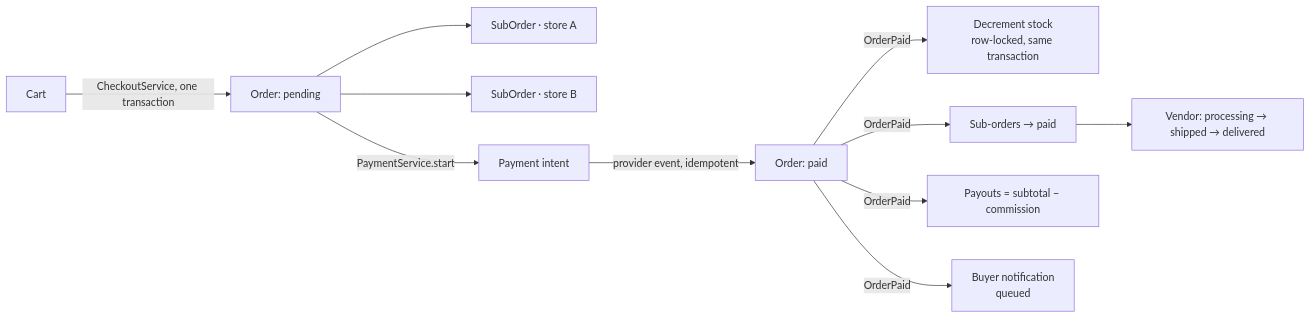
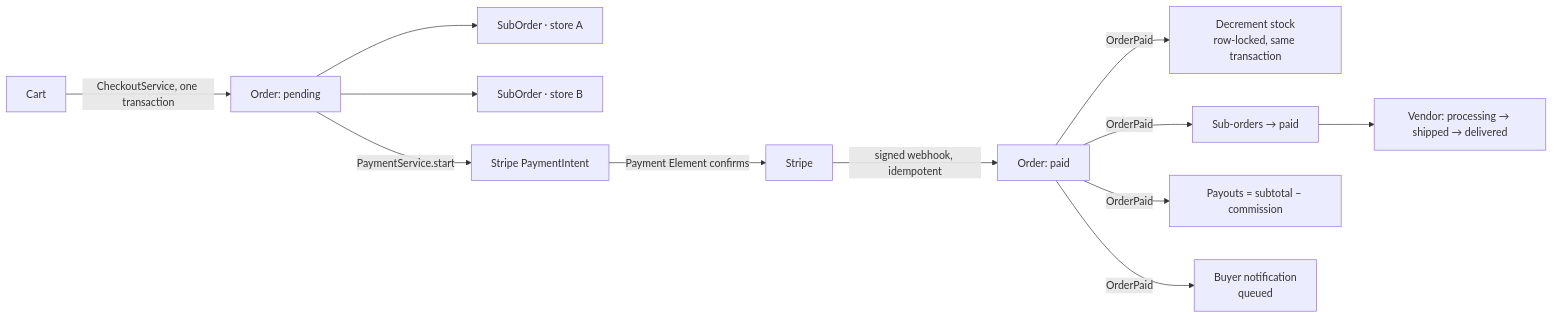
The diagram in README.md (Azazu/bazaar), drawn with Mermaid before and after one commit. The commit also changed other lines of this file, not shown here.

Commit message:
docs: describe the Stripe test-mode setup in the README

````diff
--- a/README.md
+++ b/README.md
@@ -49,13 +50,14 @@
 ```mermaid
 flowchart LR
     Cart -->|CheckoutService, one transaction| Order[Order: pending]
     Order --> SO1[SubOrder · store A]
     Order --> SO2[SubOrder · store B]
-    Order -->|PaymentService.start| Intent[Payment intent]
-    Intent -->|provider event, idempotent| Paid[Order: paid]
+    Order -->|PaymentService.start| Intent[Stripe PaymentIntent]
+    Intent -->|Payment Element confirms| Stripe[Stripe]
+    Stripe -->|signed webhook, idempotent| Paid[Order: paid]
     Paid -->|OrderPaid| Stock[Decrement stock<br/>row-locked, same transaction]
     Paid -->|OrderPaid| States[Sub-orders → paid]
     Paid -->|OrderPaid| Payouts[Payouts = subtotal − commission]
     Paid -->|OrderPaid| Mail[Buyer notification<br/>queued]
     States --> Vendor[Vendor: processing → shipped → delivered]
 ```
````
